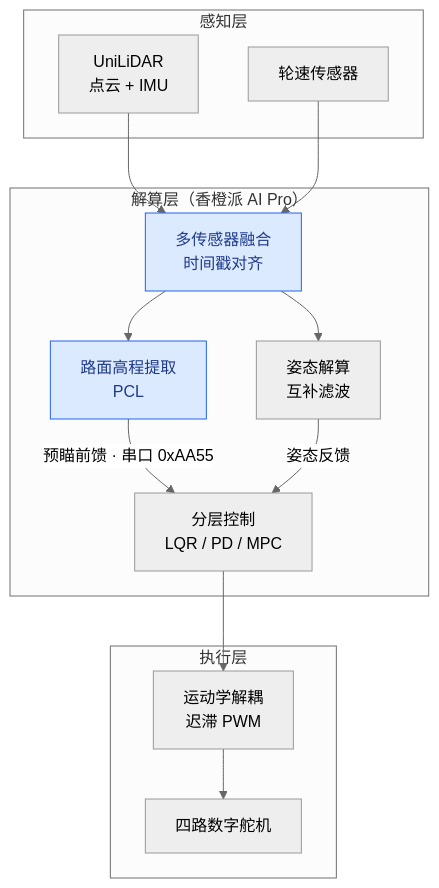
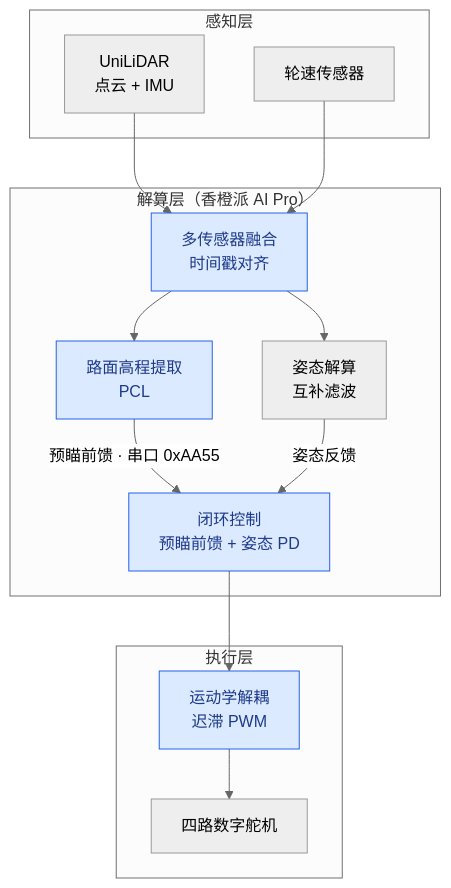
Before and after one commit to qi-neo/active-suspension-lidar-preview: the first of 4 diagrams in README.md, drawn with Mermaid (neutral theme). The commit also changed other lines of this file and 2 other files, not shown here.

````diff
--- a/README.md
+++ b/README.md
@@ -26,27 +26,27 @@
 ```mermaid
 %%{init: {"fontFamily": "-apple-system, BlinkMacSystemFont, PingFang SC, Helvetica Neue, Microsoft YaHei, sans-serif"}}%%
 flowchart TB
     subgraph S1["感知层"]
         L["UniLiDAR<br/>点云 + IMU"]
         W["轮速传感器"]
     end
     subgraph S2["解算层（香橙派 AI Pro）"]
         F["多传感器融合<br/>时间戳对齐"]
         P["路面高程提取<br/>PCL"]
         A["姿态解算<br/>互补滤波"]
-        C["分层控制<br/>LQR / PD / MPC"]
+        C["闭环控制<br/>预瞄前馈 + 姿态 PD"]
     end
     subgraph S3["执行层"]
         K["运动学解耦<br/>迟滞 PWM"]
         D["四路数字舵机"]
     end
     L --> F
     W --> F
     F --> P
     F --> A
     P -->|预瞄前馈 · 串口 0xAA55| C
     A -->|姿态反馈| C
     C --> K --> D
     classDef inrepo fill:#dbeafe,stroke:#2563eb,color:#1e3a8a
-    class F,P inrepo
+    class F,P,C,K inrepo
 ```
````
